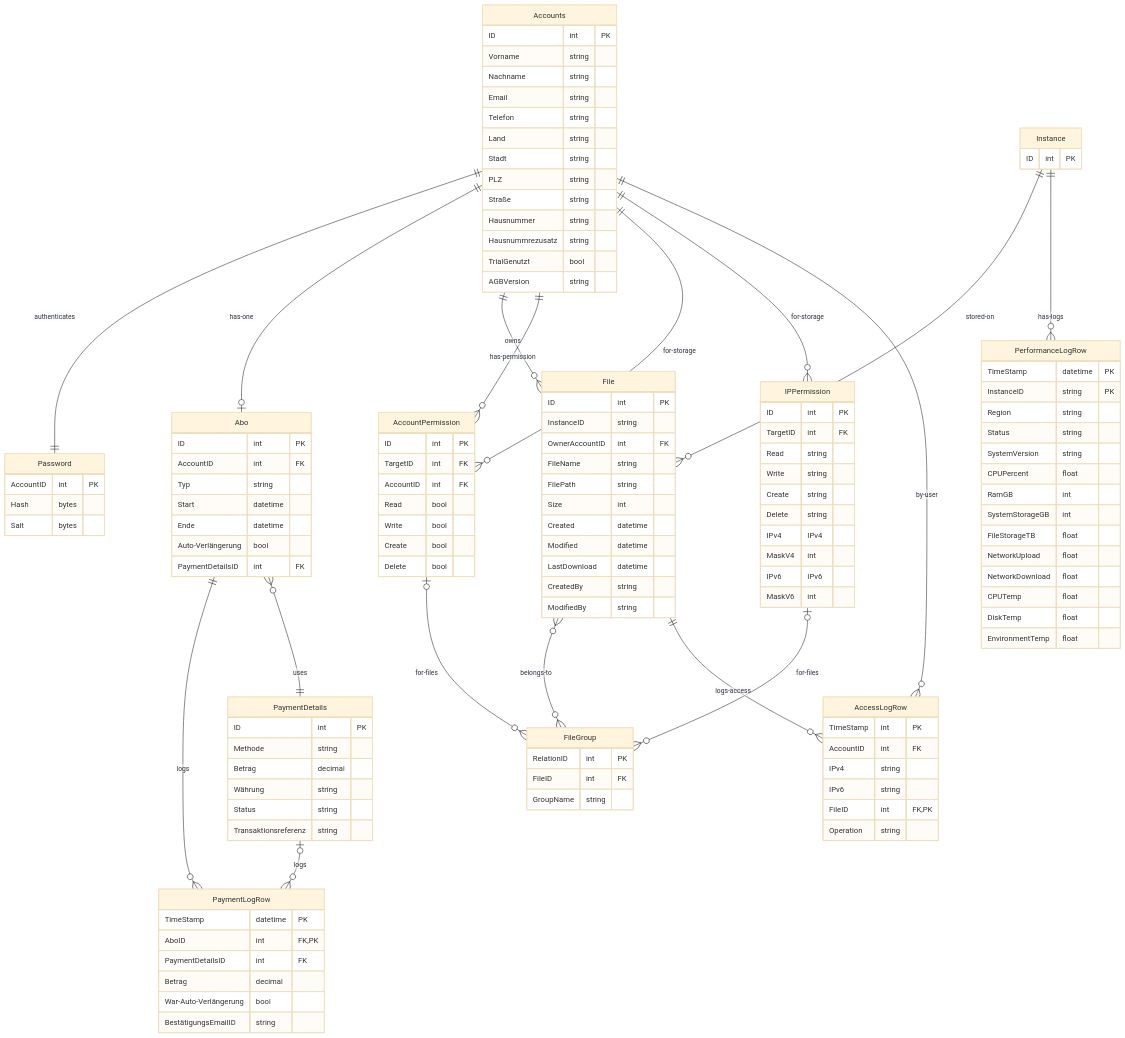
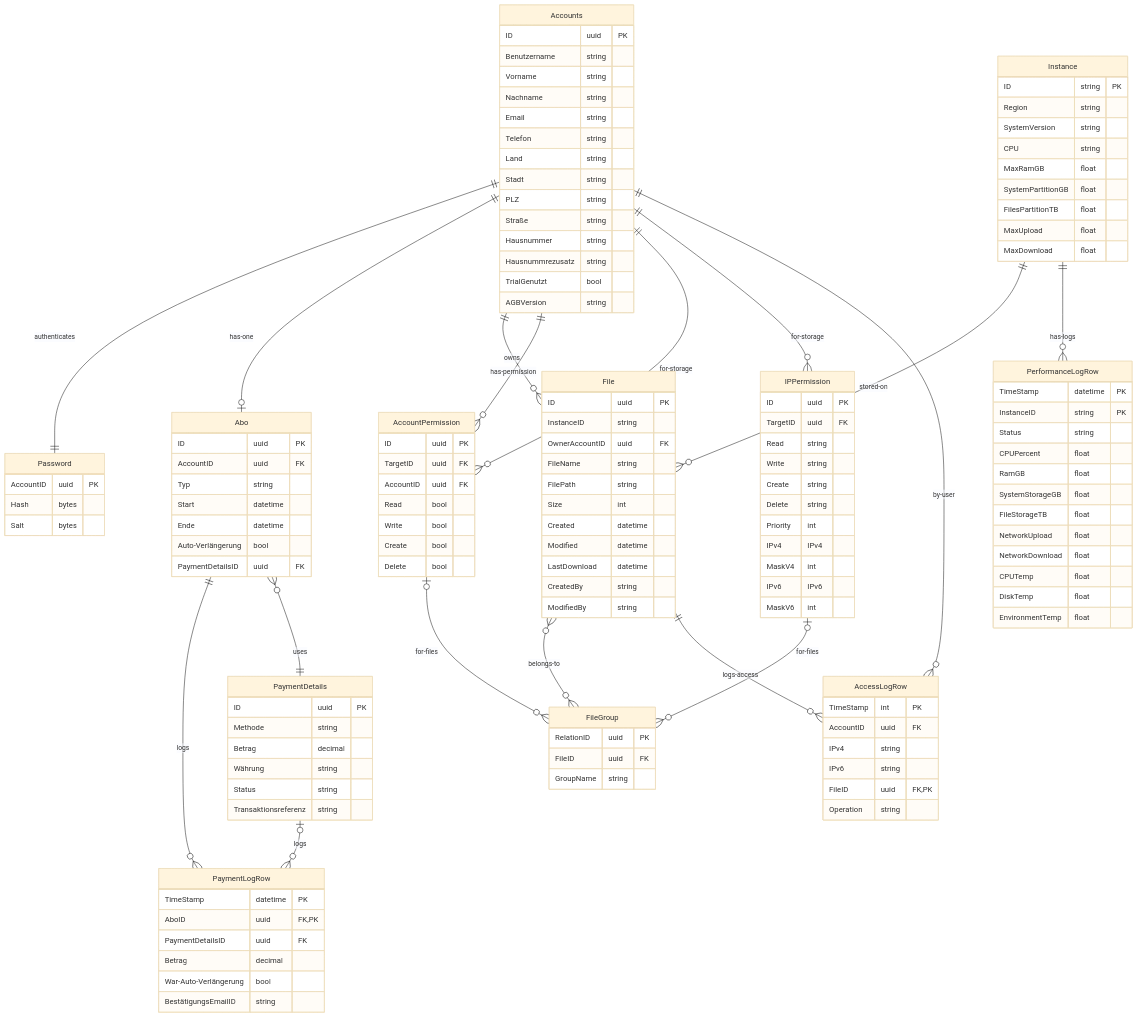
The diagram in docs/Schemas.md (FelixBrockwitz-s3005540/DataWarehouse), drawn with Mermaid (base theme) before and after one commit. The commit also changed other lines of this file, not shown here.

Commit message:
schema anpassungen

```diff
--- a/docs/Schemas.md
+++ b/docs/Schemas.md
@@ -6,7 +6,8 @@
 erDiagram
     %% Accounts DB
     Accounts {
-        ID int PK
+        ID uuid PK
+        Benutzername string
         Vorname string
         Nachname string
         Email string
@@ -22,23 +23,23 @@
     }
     
     Password {
-        AccountID int PK
+        AccountID uuid PK
         Hash bytes
         Salt bytes
     }
     
     Abo {
-        ID int PK
-        AccountID int FK
+        ID uuid PK
+        AccountID uuid FK
         Typ string
         Start datetime
         Ende datetime
         Auto-Verlängerung bool
-        PaymentDetailsID int FK
+        PaymentDetailsID uuid FK
     }
     
     PaymentDetails {
-        ID int PK
+        ID uuid PK
         Methode string
         Betrag decimal
         Währung string
@@ -48,8 +49,8 @@
     
     PaymentLogRow {
         TimeStamp datetime PK
-        AboID int FK,PK
-        PaymentDetailsID int FK
+        AboID uuid FK, PK
+        PaymentDetailsID uuid FK
         Betrag decimal
         War-Auto-Verlängerung bool
         BestätigungsEmailID string
@@ -57,13 +58,21 @@
     
     %% Service DB
     Instance {
-        ID int PK
+        ID string PK
+        Region string
+        SystemVersion string
+        CPU string
+        MaxRamGB float
+        SystemPartitionGB float
+        FilesPartitionTB float
+        MaxUpload float
+        MaxDownload float
     }
 
     File {
-        ID int PK
+        ID uuid PK
         InstanceID string
-        OwnerAccountID int FK
+        OwnerAccountID uuid FK
         FileName string
         FilePath string
         Size int
@@ -75,12 +84,13 @@
     }
     
     IPPermission {
-        ID int PK
-        TargetID int FK
+        ID uuid PK
+        TargetID uuid FK
         Read string
         Write string
         Create string
         Delete string
+        Priority int
         IPv4 IPv4
         MaskV4 int
         IPv6 IPv6
@@ -88,9 +98,9 @@
     }
     
     AccountPermission {
-        ID int PK
-        TargetID int FK
-        AccountID int FK
+        ID uuid PK
+        TargetID uuid FK
+        AccountID uuid FK
         Read bool
         Write bool
         Create bool
@@ -98,30 +108,28 @@
     }
     
     FileGroup {
-        RelationID int PK
-        FileID int FK
+        RelationID uuid PK
+        FileID uuid FK
         GroupName string
     }
 
     %% Logs DB
     AccessLogRow {
         TimeStamp int PK
-        AccountID int FK
+        AccountID uuid FK
         IPv4 string
         IPv6 string
-        FileID int FK,PK
+        FileID uuid FK, PK
         Operation string
     }
 
     PerformanceLogRow {
         TimeStamp datetime PK
         InstanceID string PK
-        Region string
         Status string
-        SystemVersion string
         CPUPercent float
-        RamGB int
-        SystemStorageGB int
+        RamGB float
+        SystemStorageGB float
         FileStorageTB float
         NetworkUpload float
         NetworkDownload float
```
